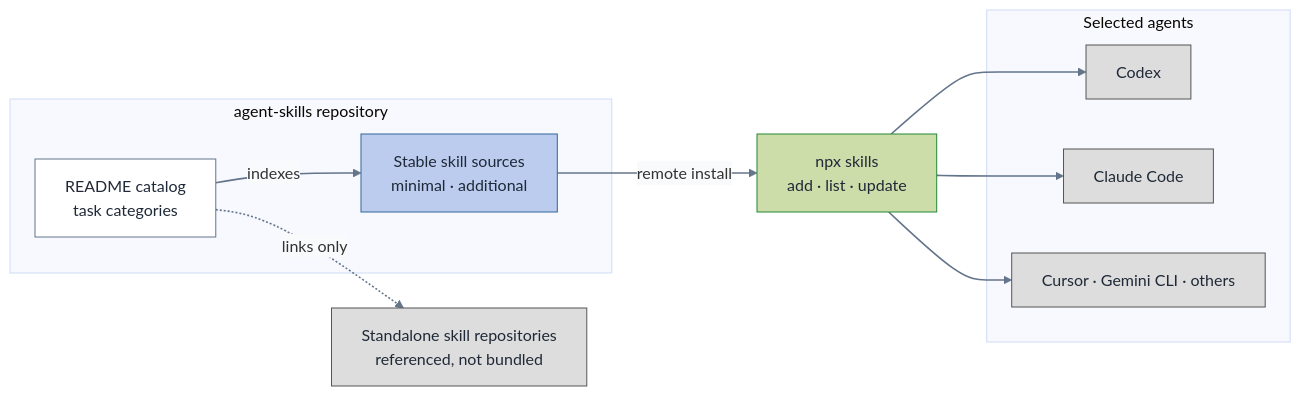
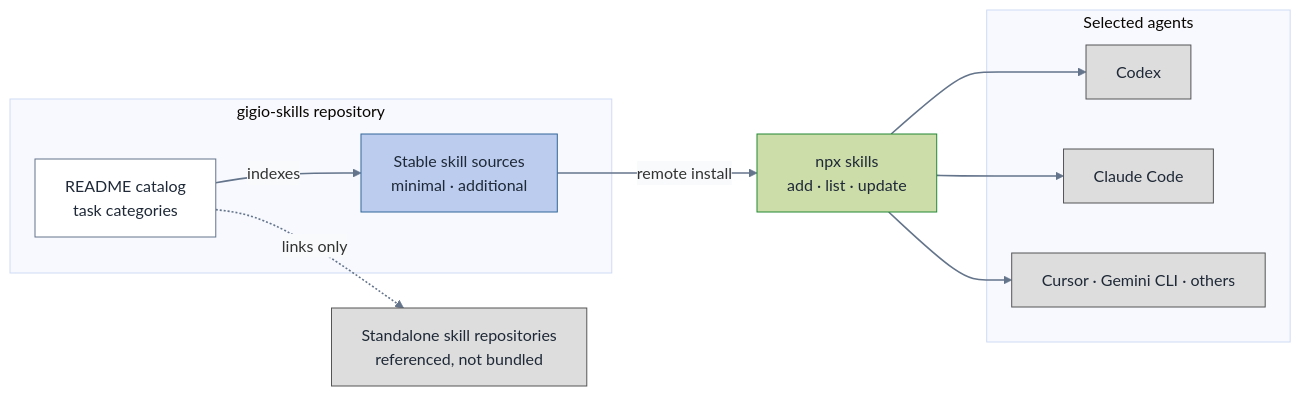
Before and after one commit to gigio1023/agent-skills: the diagram in docs/repo-structure.md, drawn with Mermaid. The commit also changed 155 other files, not shown here.

````diff
--- a/docs/repo-structure.md
+++ b/docs/repo-structure.md
@@ -7,42 +7,42 @@
 ```mermaid
 ---
 config:
   theme: base
   themeVariables:
     textColor: "#1f2937"
     edgeLabelBackground: "#f8fafc"
 ---
 flowchart LR
-  accTitle: agent-skills catalog, source, and installation boundaries
+  accTitle: gigio-skills catalog, source, and installation boundaries
   accDescr: The README groups skills by task. Stable source paths flow through the Skills CLI into selected agents, while standalone repositories are referenced only.
 
-  subgraph repo ["agent-skills repository"]
+  subgraph repo ["gigio-skills repository"]
     IDX["README catalog<br/>task categories"]
     SRC["Stable skill sources<br/>minimal · additional"]
   end
 
   CLI["npx skills<br/>add · list · update"]
 
   subgraph agents ["Selected agents"]
     CX["Codex"]
     CC["Claude Code"]
     OT["Cursor · Gemini CLI · others"]
   end
 
   EXT["Standalone skill repositories<br/>referenced, not bundled"]
 
   IDX -->|indexes| SRC
   SRC -->|remote install| CLI
   CLI --> CX & CC & OT
   IDX -.->|links only| EXT
 
   classDef source fill:#BBCCEE,stroke:#336699,color:#1f2937;
   classDef installer fill:#CCDDAA,stroke:#228833,color:#1f2937;
   classDef outside fill:#DDDDDD,stroke:#555555,color:#1f2937;
   classDef index fill:#ffffff,stroke:#64748b,color:#1f2937;
   class IDX index;
   class SRC source;
   class CLI installer;
   class CX,CC,OT,EXT outside;
   linkStyle default stroke:#64748b,stroke-width:1.6px;
 ```
````
